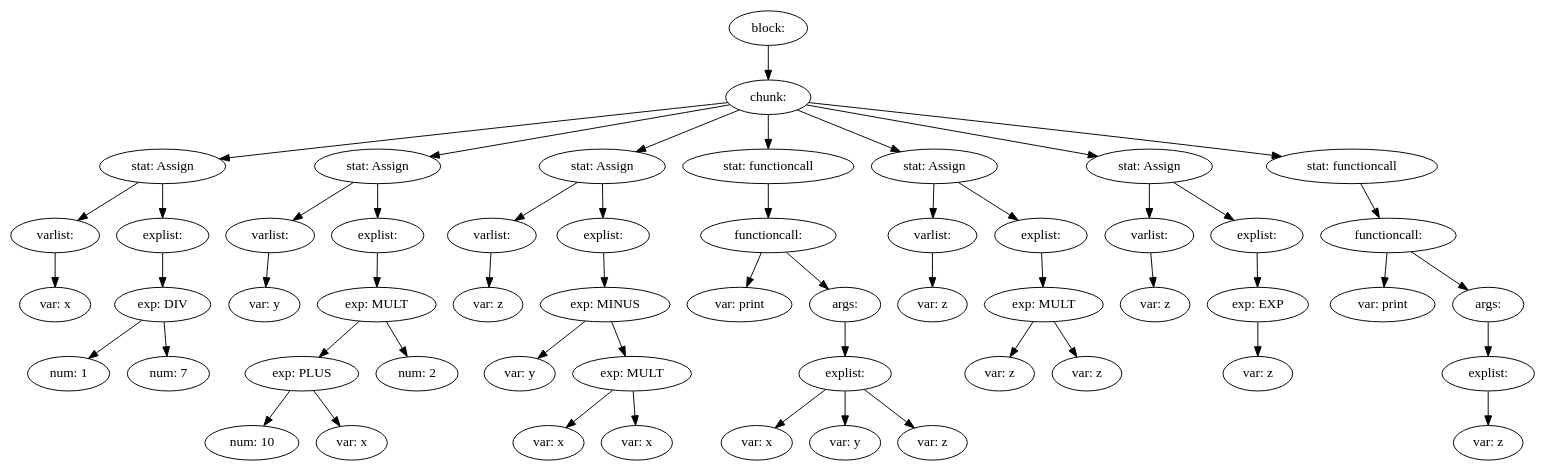
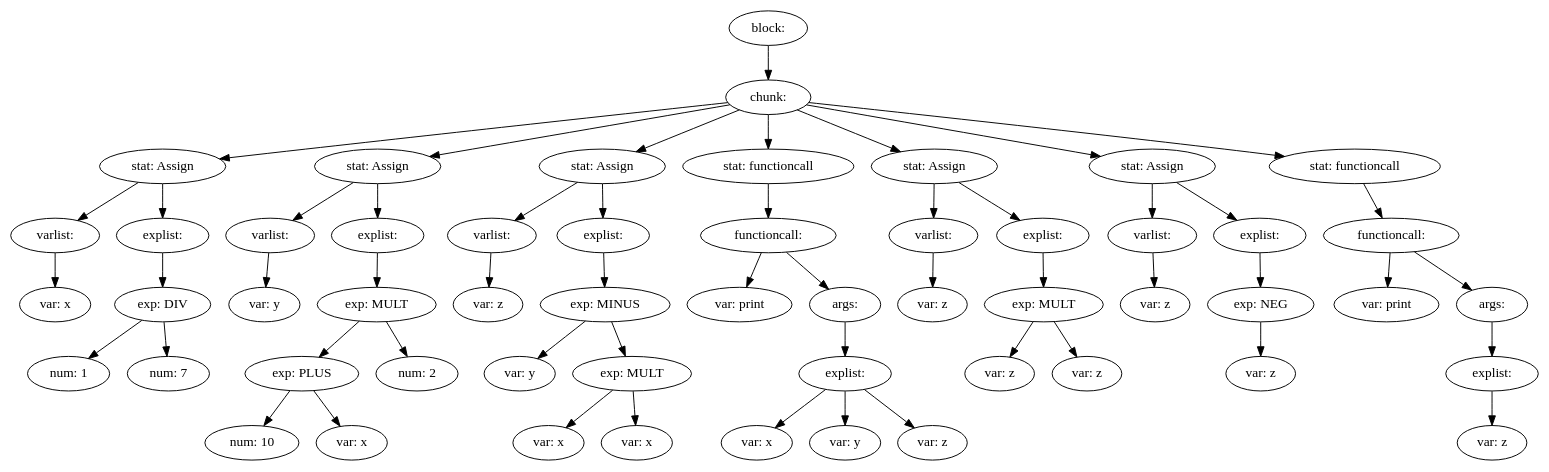
One commit to Inkaru/compiler changed the diagram in ass1-int/source.md. Above: the diagram before and after it, drawn with Graphviz. The commit also changed 8 other files, not shown here.

```diff
--- a/ass1-int/source.md
+++ b/ass1-int/source.md
@@ -93,7 +93,7 @@
 41 [label="var: z"];
 45 [label="explist: "];
 45 -> 44
-44 [label="exp: EXP"];
+44 [label="exp: NEG"];
 44 -> 43
 43 [label="var: z"];
 52 [label="stat: functioncall"];
```
